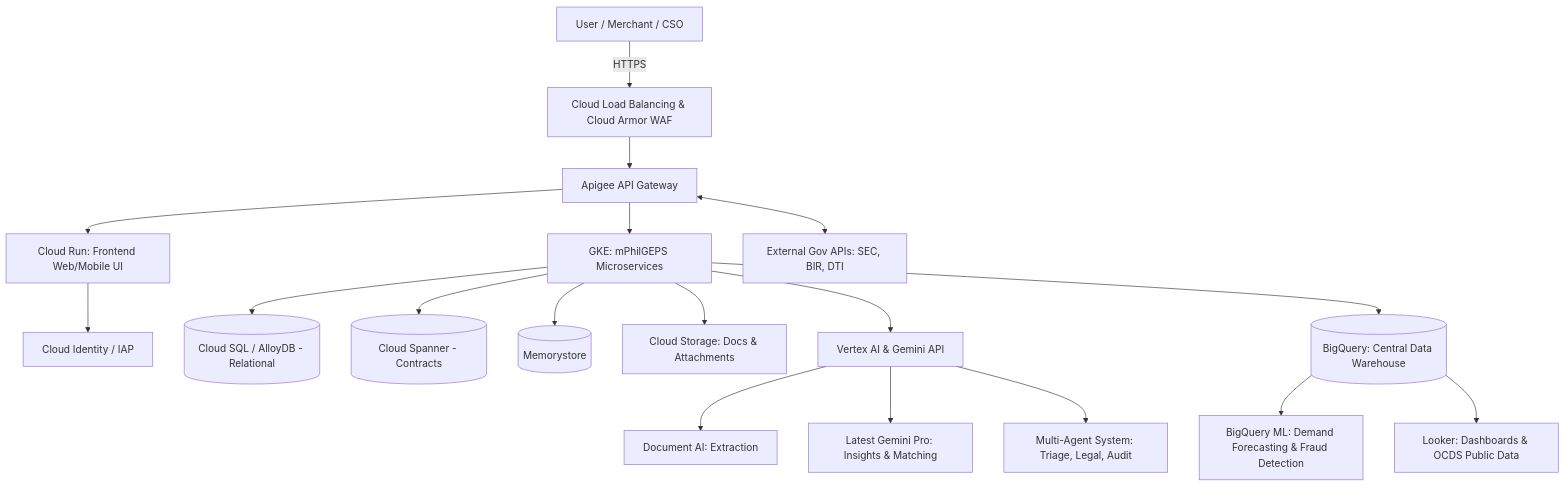
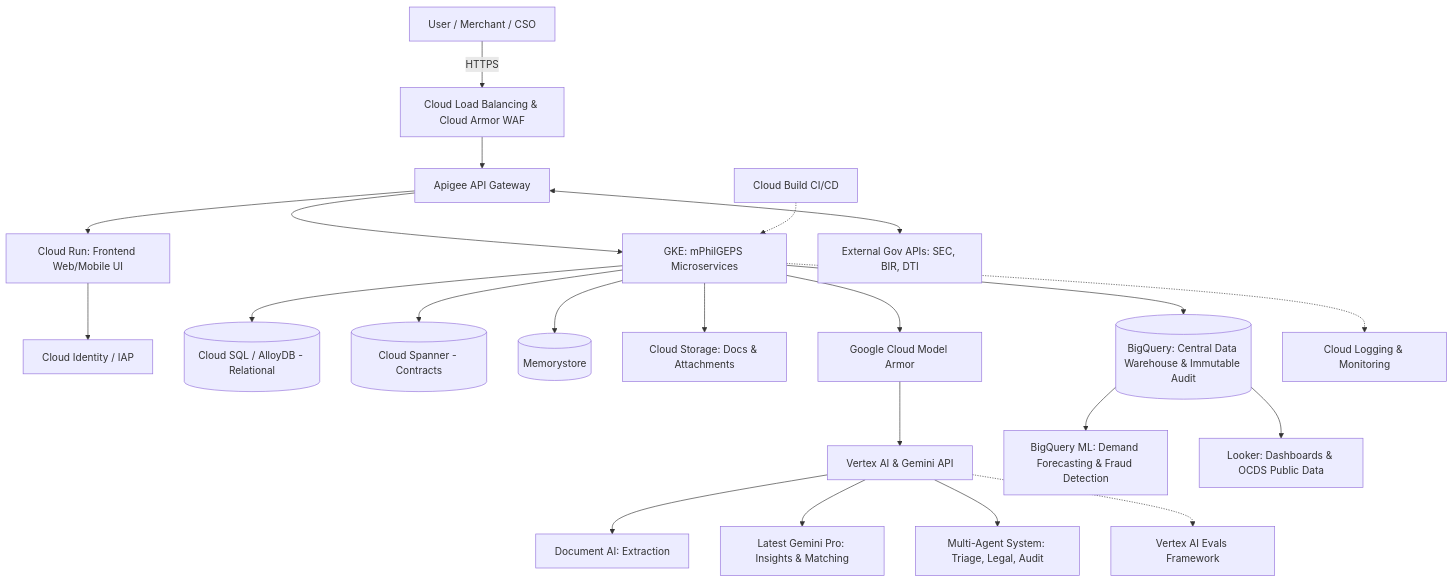
Before and after one commit to markea/psdbm-philgeps-2026: the diagram in mPhilGEPS_GoogleCloud_BRD.md, drawn with Mermaid. The commit also changed other lines of this file, not shown here.

Commit message:
[Owl] Sync BRD with Hardened TDD: Model Armor, Evals, CI/CD, and Immutable Audit Trails

````diff
--- a/mPhilGEPS_GoogleCloud_BRD.md
+++ b/mPhilGEPS_GoogleCloud_BRD.md
@@ -118,24 +118,29 @@
 ```mermaid
 graph TD
     User[User / Merchant / CSO] --> |HTTPS| LB[Cloud Load Balancing & Cloud Armor WAF]
     LB --> API[Apigee API Gateway]
     API --> Frontend[Cloud Run: Frontend Web/Mobile UI]
     Frontend --> Auth[Cloud Identity / IAP]
     
     API --> mPhilGEPS[GKE: mPhilGEPS Microservices]
     mPhilGEPS --> DB[(Cloud SQL / AlloyDB - Relational)]
     mPhilGEPS --> Spanner[(Cloud Spanner - Contracts)]
     mPhilGEPS --> Cache[(Memorystore)]
     mPhilGEPS --> Storage[Cloud Storage: Docs & Attachments]
     
-    mPhilGEPS --> AI_Gateway[Vertex AI & Gemini API]
+    mPhilGEPS --> ModelArmor[Google Cloud Model Armor]
+    ModelArmor --> AI_Gateway[Vertex AI & Gemini API]
     AI_Gateway --> DocAI[Document AI: Extraction]
     AI_Gateway --> Gemini[Latest Gemini Pro: Insights & Matching]
     AI_Gateway --> Agent[Multi-Agent System: Triage, Legal, Audit]
+    AI_Gateway -.-> Evals[Vertex AI Evals Framework]
     
-    mPhilGEPS --> BQ[(BigQuery: Central Data Warehouse)]
+    mPhilGEPS --> BQ[(BigQuery: Central Data Warehouse & Immutable Audit)]
     BQ --> BQML[BigQuery ML: Demand Forecasting & Fraud Detection]
     BQ --> Looker[Looker: Dashboards & OCDS Public Data]
     
     API <--> External[External Gov APIs: SEC, BIR, DTI]
+    
+    mPhilGEPS -.-> Obs[Cloud Logging & Monitoring]
+    CI[Cloud Build CI/CD] -.-> mPhilGEPS
 ```
````
